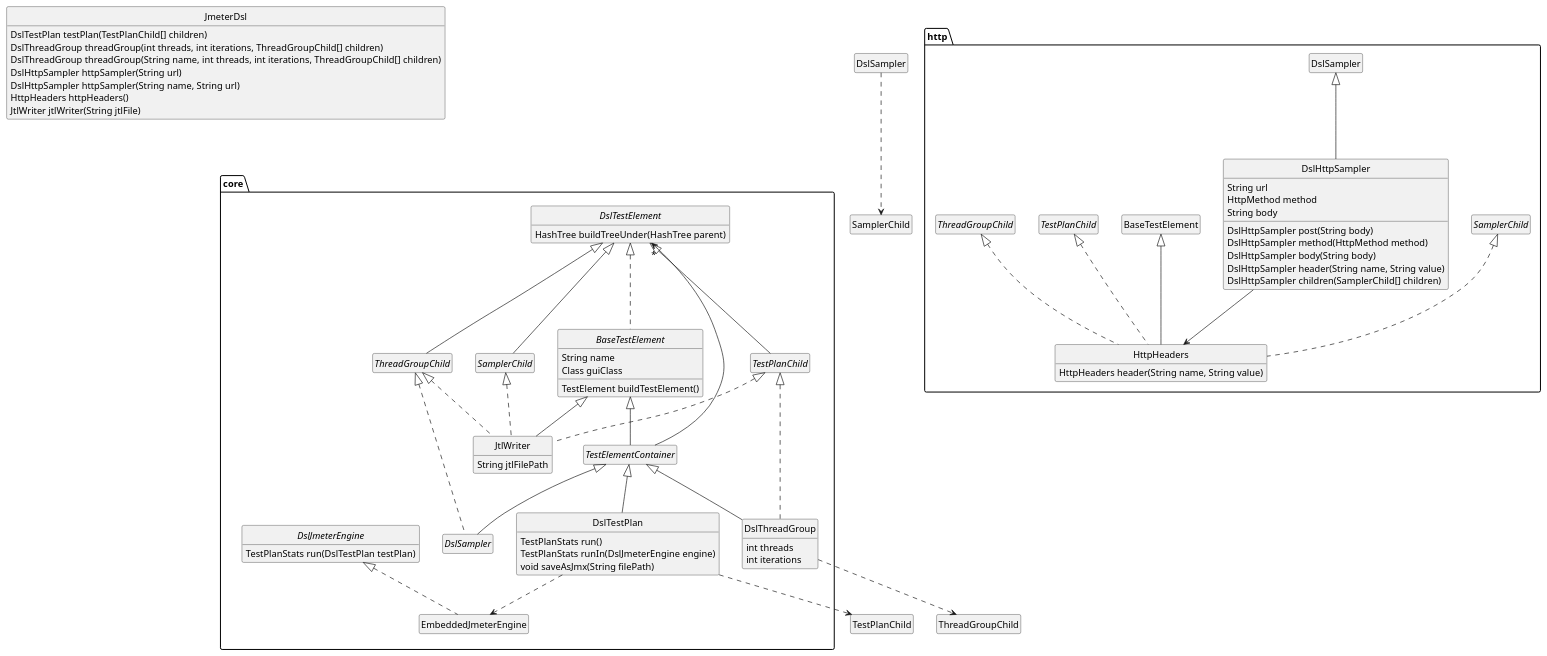
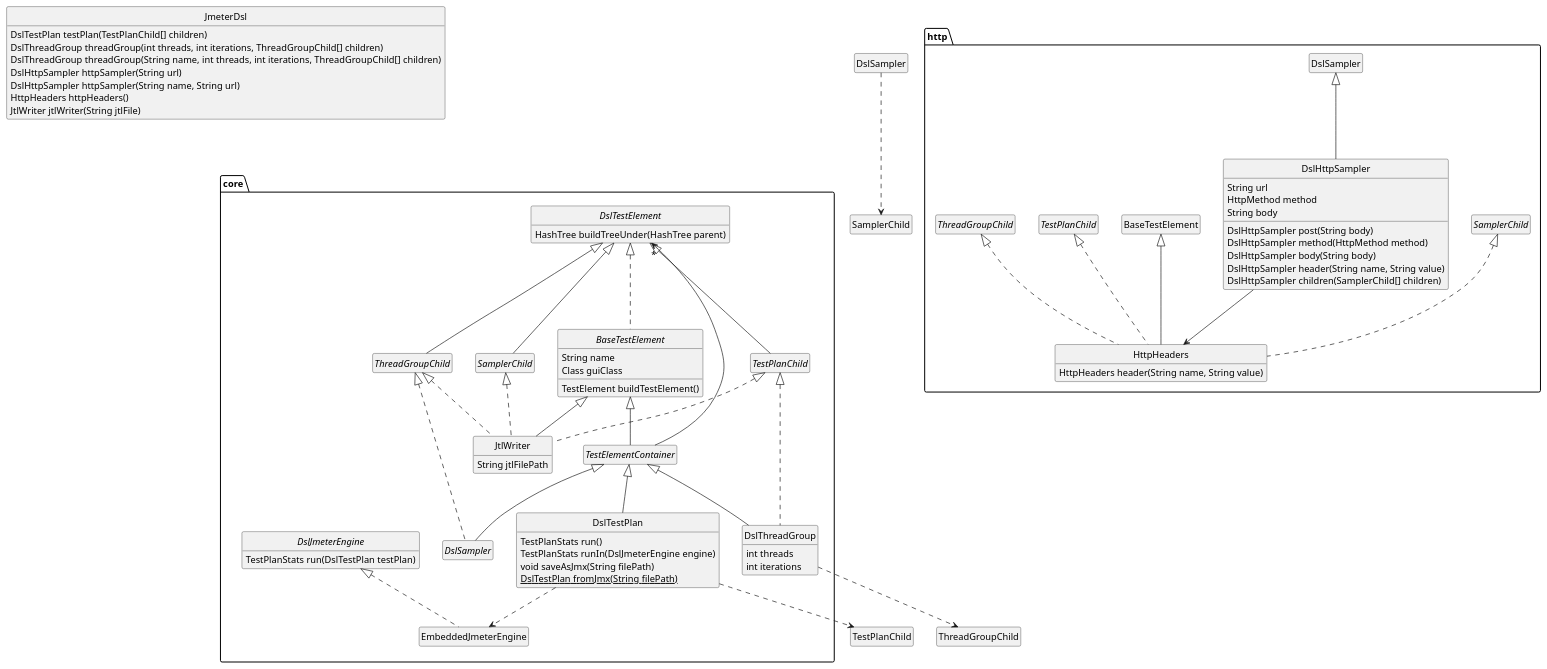
Before and after one commit to abstracta/jmeter-java-dsl: the diagram in docs/classes.puml, drawn with PlantUML. The commit also changed 8 other files, not shown here.

First line of the commit message:
Add support to easily run any JMX with the DSL

```diff
--- a/docs/classes.puml
+++ b/docs/classes.puml
@@ -1,95 +1,96 @@
 @startuml
 
 skinparam monochrome true
 hide empty members
 hide circle
 
 class JmeterDsl {
   DslTestPlan testPlan(TestPlanChild[] children)
   DslThreadGroup threadGroup(int threads, int iterations, ThreadGroupChild[] children)
   DslThreadGroup threadGroup(String name, int threads, int iterations, ThreadGroupChild[] children)
   DslHttpSampler httpSampler(String url)
   DslHttpSampler httpSampler(String name, String url)
   HttpHeaders httpHeaders()
   JtlWriter jtlWriter(String jtlFile)
 }
 
 package core {
 
   interface DslTestElement {
     HashTree buildTreeUnder(HashTree parent)
   }
 
   abstract class BaseTestElement implements DslTestElement {
     String name
     Class guiClass
     TestElement buildTestElement()
   }
 
   abstract class TestElementContainer extends BaseTestElement {
   }
 
   class DslTestPlan extends TestElementContainer {
     TestPlanStats run()
     TestPlanStats runIn(DslJmeterEngine engine)
     void saveAsJmx(String filePath)
+    {static} DslTestPlan fromJmx(String filePath)
   }
 
   interface TestPlanChild extends DslTestElement {
   }
 
   interface DslJmeterEngine {
     TestPlanStats run(DslTestPlan testPlan)
   }
 
   class EmbeddedJmeterEngine implements DslJmeterEngine {
   }
 
   class DslThreadGroup extends TestElementContainer implements TestPlanChild {
     int threads
     int iterations
   }
 
   interface ThreadGroupChild extends DslTestElement {
   }
 
   abstract class DslSampler extends TestElementContainer implements ThreadGroupChild {
   }
 
   interface SamplerChild extends DslTestElement {
   }
 
   class JtlWriter extends BaseTestElement implements TestPlanChild, ThreadGroupChild, SamplerChild {
     String jtlFilePath
   }
 
 }
 
 package http {
 
   class DslHttpSampler extends DslSampler {
     String url
     HttpMethod method
     String body
     DslHttpSampler post(String body)
     DslHttpSampler method(HttpMethod method)
     DslHttpSampler body(String body)
     DslHttpSampler header(String name, String value)
     DslHttpSampler children(SamplerChild[] children)
   }
 
   class HttpHeaders extends BaseTestElement implements TestPlanChild, ThreadGroupChild, SamplerChild {
     HttpHeaders header(String name, String value)
   }
 
 }
 
 JmeterDsl -[hidden]- core
 TestElementContainer -up-> "*" DslTestElement
 DslTestPlan ..> TestPlanChild
 DslThreadGroup ..> ThreadGroupChild
 DslTestPlan ..> EmbeddedJmeterEngine
 DslSampler ..> SamplerChild
 DslHttpSampler --> HttpHeaders
 
 @enduml
```
